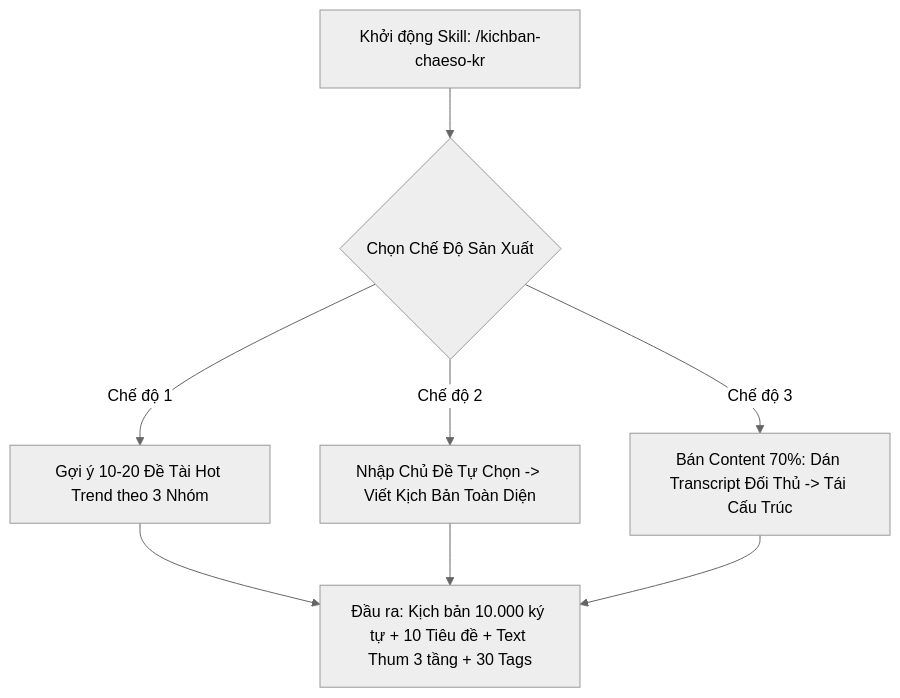
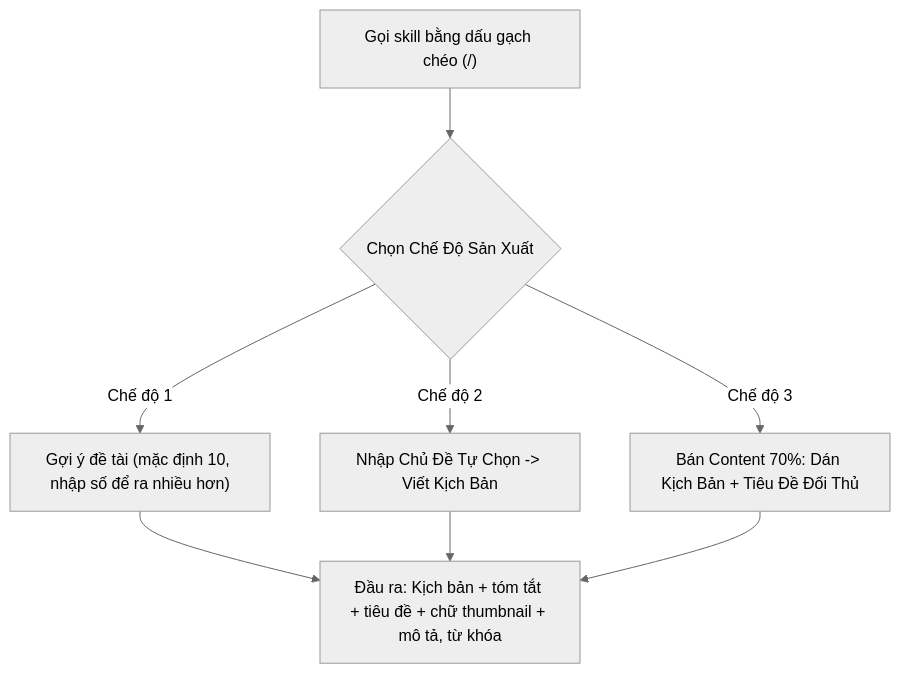
One commit to henyeu247-max/h2dev-project changed the diagram in assets/docs/VIDEO-043d15/SOP-TRAIN-PROMPT-CLAUDE-SKILL-3-CHE-DO-KICH-BAN-SUC-KHOE-HAN.md. Above: the diagram before and after it, drawn with Mermaid (neutral theme). The commit also changed other lines of this file and 78 other files, not shown here.

````diff
--- a/assets/docs/VIDEO-043d15/SOP-TRAIN-PROMPT-CLAUDE-SKILL-3-CHE-DO-KICH-BAN-SUC-KHOE-HAN.md
+++ b/assets/docs/VIDEO-043d15/SOP-TRAIN-PROMPT-CLAUDE-SKILL-3-CHE-DO-KICH-BAN-SUC-KHOE-HAN.md
@@ -16,10 +21,10 @@
 ```mermaid
 flowchart TD
-    A["Khởi động Skill: /kichban-chaeso-kr"] --> B{"Chọn Chế Độ Sản Xuất"}
-    B -->|Chế độ 1| C["Gợi ý 10-20 Đề Tài Hot Trend theo 3 Nhóm"]
-    B -->|Chế độ 2| D["Nhập Chủ Đề Tự Chọn -> Viết Kịch Bản Toàn Diện"]
-    B -->|Chế độ 3| E["Bán Content 70%: Dán Transcript Đối Thủ -> Tái Cấu Trúc"]
-    C --> F["Đầu ra: Kịch bản 10.000 ký tự + 10 Tiêu đề + Text Thum 3 tầng + 30 Tags"]
+    A["Gọi skill bằng dấu gạch chéo (/)"] --> B{"Chọn Chế Độ Sản Xuất"}
+    B -->|Chế độ 1| C["Gợi ý đề tài (mặc định 10, nhập số để ra nhiều hơn)"]
+    B -->|Chế độ 2| D["Nhập Chủ Đề Tự Chọn -> Viết Kịch Bản"]
+    B -->|Chế độ 3| E["Bán Content 70%: Dán Kịch Bản + Tiêu Đề Đối Thủ"]
+    C --> F["Đầu ra: Kịch bản + tóm tắt + tiêu đề + chữ thumbnail + mô tả, từ khóa"]
     D --> F
     E --> F
 ```
````
